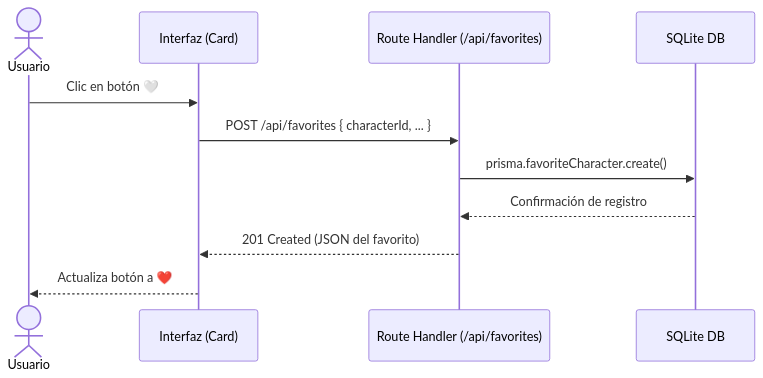
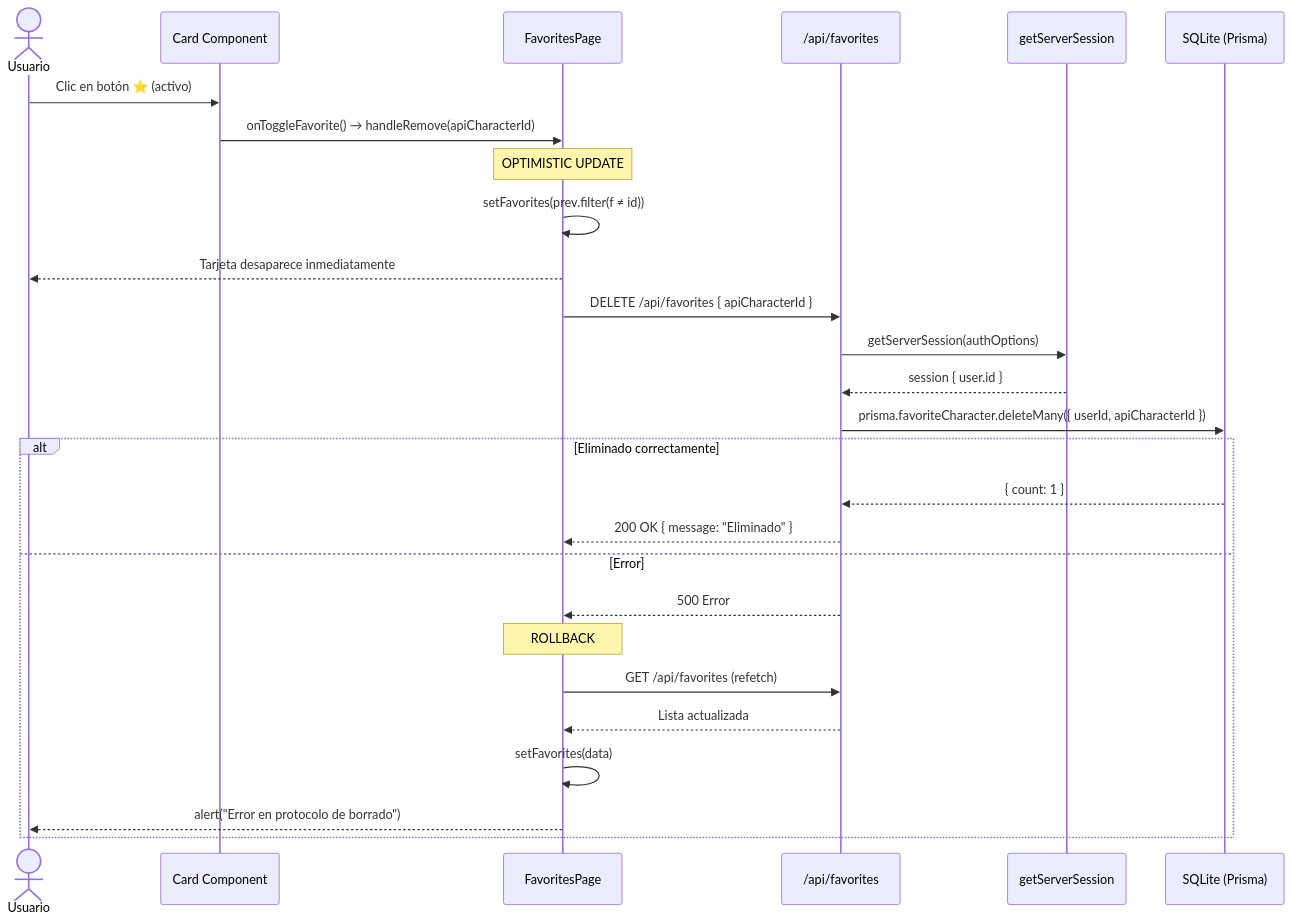
Before and after one commit to santiagolopezbarbosa/employibilty-test-ts-next: the fifth of 8 diagrams in docs/1_Documento_Diseno_Software_220501095.md, drawn with Mermaid. The commit also changed other lines of this file and 5 other files, not shown here.

````diff
--- a/docs/1_Documento_Diseno_Software_220501095.md
+++ b/docs/1_Documento_Diseno_Software_220501095.md
@@ -62,14 +579,33 @@
 ```mermaid
 sequenceDiagram
-    actor Usuario
-    participant UI as Interfaz (Card)
-    participant API as Route Handler (/api/favorites)
-    participant DB as SQLite DB
+    actor U as Usuario
+    participant Card as Card Component
+    participant FP as FavoritesPage
+    participant API as /api/favorites
+    participant Auth as getServerSession
+    participant DB as SQLite (Prisma)
 
-    Usuario->>UI: Clic en botón 🤍
-    UI->>API: POST /api/favorites { characterId, ... }
-    API->>DB: prisma.favoriteCharacter.create()
-    DB-->>API: Confirmación de registro
-    API-->>UI: 201 Created (JSON del favorito)
-    UI-->>Usuario: Actualiza botón a ❤️
+    U->>Card: Clic en botón ⭐ (activo)
+    Card->>FP: onToggleFavorite() → handleRemove(apiCharacterId)
+    
+    Note over FP: OPTIMISTIC UPDATE
+    FP->>FP: setFavorites(prev.filter(f ≠ id))
+    FP-->>U: Tarjeta desaparece inmediatamente
+
+    FP->>API: DELETE /api/favorites { apiCharacterId }
+    API->>Auth: getServerSession(authOptions)
+    Auth-->>API: session { user.id }
+    API->>DB: prisma.favoriteCharacter.deleteMany({ userId, apiCharacterId })
+    
+    alt Eliminado correctamente
+        DB-->>API: { count: 1 }
+        API-->>FP: 200 OK { message: "Eliminado" }
+    else Error
+        API-->>FP: 500 Error
+        Note over FP: ROLLBACK
+        FP->>API: GET /api/favorites (refetch)
+        API-->>FP: Lista actualizada
+        FP->>FP: setFavorites(data)
+        FP-->>U: alert("Error en protocolo de borrado")
+    end
 ```
````
